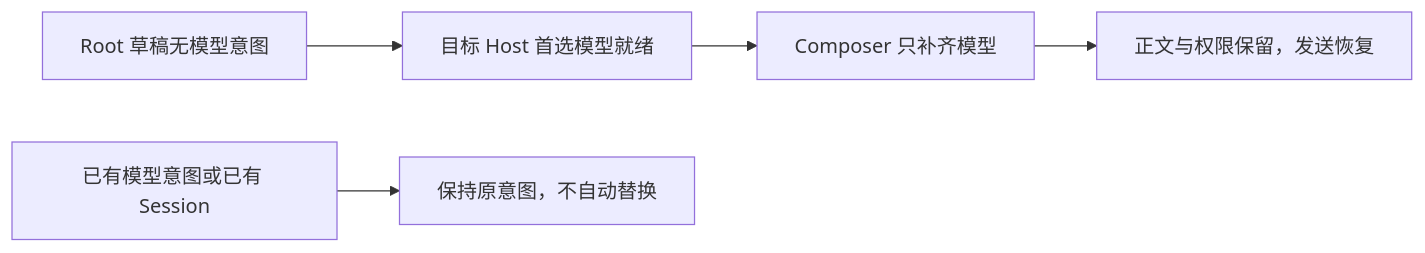
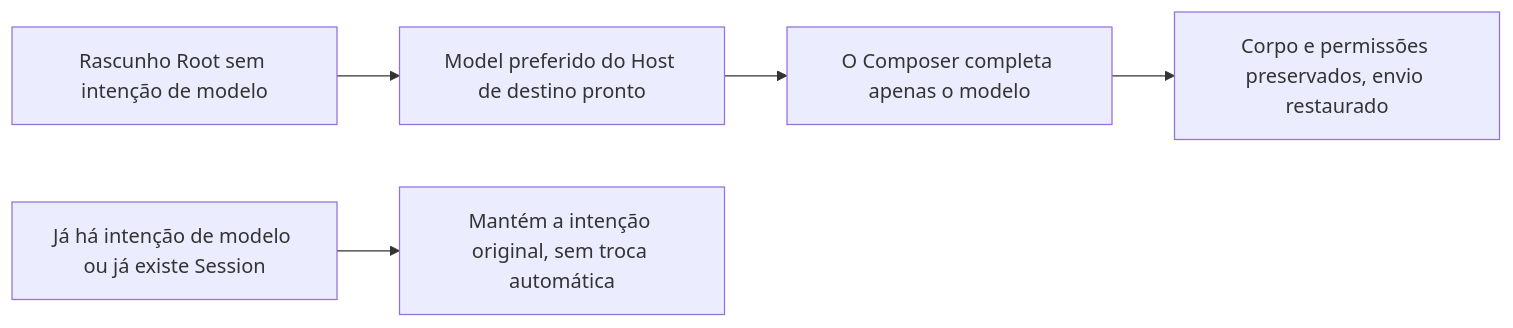
The second of 2 diagrams in docs/ui/composer-text-draft-persistence.md (JoaoNetoDev/BR-Code), drawn with Mermaid before and after one commit. The commit also changed other lines of this file and 177 other files, not shown here.

````diff
--- a/docs/ui/composer-text-draft-persistence.md
+++ b/docs/ui/composer-text-draft-persistence.md
@@ -34,7 +30,7 @@
 ```mermaid
 flowchart LR
-    A[Root 草稿无模型意图] --> B[目标 Host 首选模型就绪]
-    B --> C[Composer 只补齐模型]
-    C --> D[正文与权限保留，发送恢复]
-    E[已有模型意图或已有 Session] --> F[保持原意图，不自动替换]
+    A[Rascunho Root sem intenção de modelo] --> B[Model preferido do Host de destino pronto]
+    B --> C[O Composer completa apenas o modelo]
+    C --> D[Corpo e permissões preservados, envio restaurado]
+    E[Já há intenção de modelo ou já existe Session] --> F[Mantém a intenção original, sem troca automática]
 ```
````
